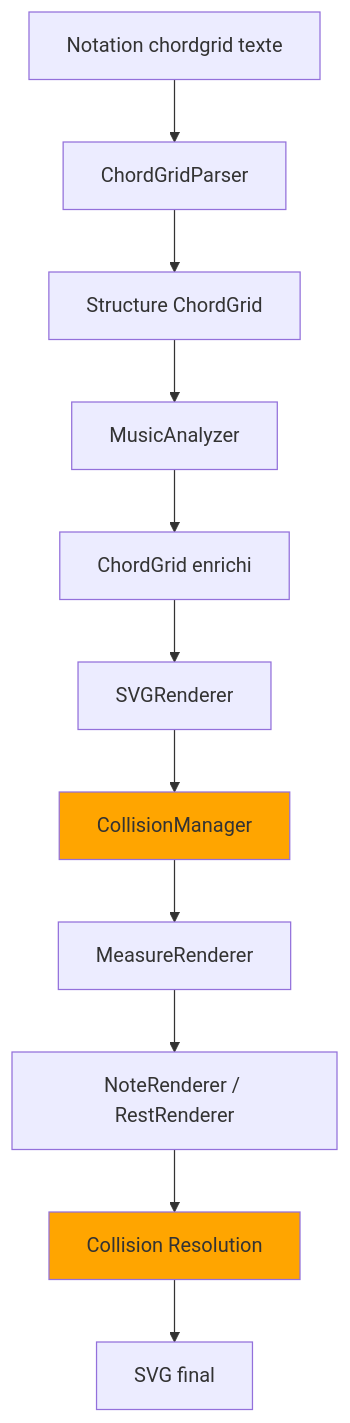
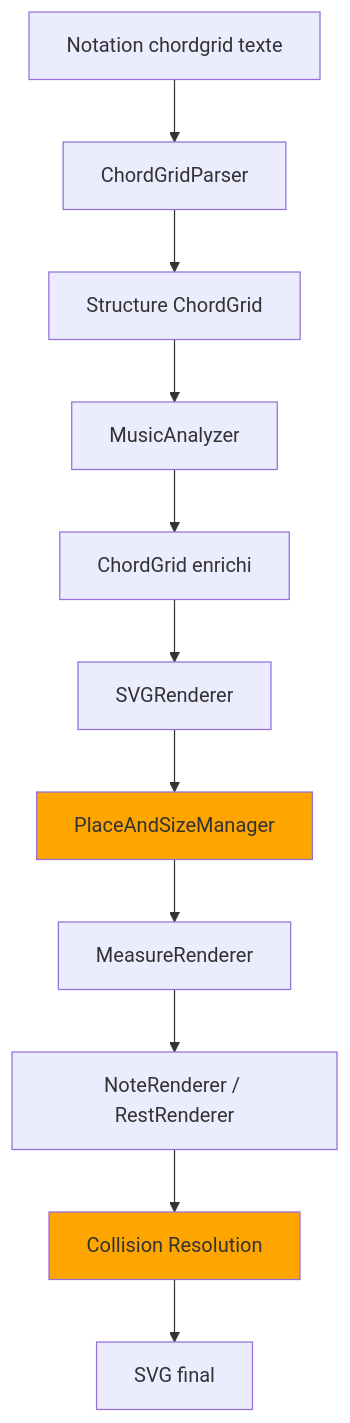
The diagram in documentation/ARCHITECTURE_[Fr].md (MathieuCGit/ChordGrid_for_Obsidian), drawn with Mermaid before and after one commit. The commit also changed other lines of this file and 1 other file, not shown here.

Commit message:
docs: rename CollisionManager to PlaceAndSizeManager in architecture documentation

````diff
--- a/documentation/ARCHITECTURE_[Fr].md
+++ b/documentation/ARCHITECTURE_[Fr].md
@@ -94,16 +94,16 @@
 ```mermaid
 graph TD
     A[Notation chordgrid texte] --> B[ChordGridParser]
     B --> C[Structure ChordGrid]
     C --> D[MusicAnalyzer]
     D --> E[ChordGrid enrichi]
     E --> F[SVGRenderer]
-    F --> G[CollisionManager]
+    F --> G[PlaceAndSizeManager]
     G --> H[MeasureRenderer]
     H --> I[NoteRenderer / RestRenderer]
     I --> J[Collision Resolution]
     J --> K[SVG final]
     
     style G fill:#ffa500
     style J fill:#ffa500
 ```
````
